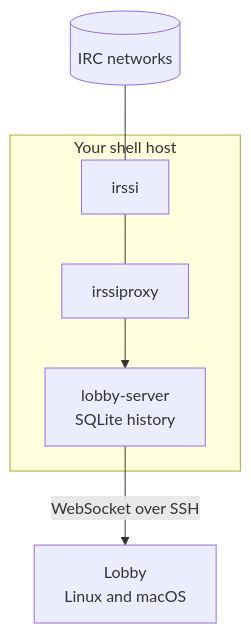
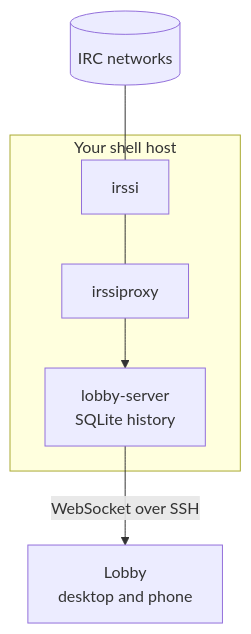
One commit to pulinairc/pulina-app changed the first of 2 diagrams in README.md. Above: the diagram before and after it, drawn with Mermaid. The commit also changed other lines of this file and 2 other files, not shown here.

````diff
--- a/README.md
+++ b/README.md
@@ -107,9 +107,9 @@
 ```mermaid
 flowchart TB
     nets[(IRC networks)] --- irssi
     subgraph host [Your shell host]
         irssi --- proxy[irssiproxy]
         proxy --> server[lobby-server<br/>SQLite history]
     end
-    server -->|WebSocket over SSH| app[Lobby<br/>Linux and macOS]
+    server -->|WebSocket over SSH| app[Lobby<br/>desktop and phone]
 ```
````
